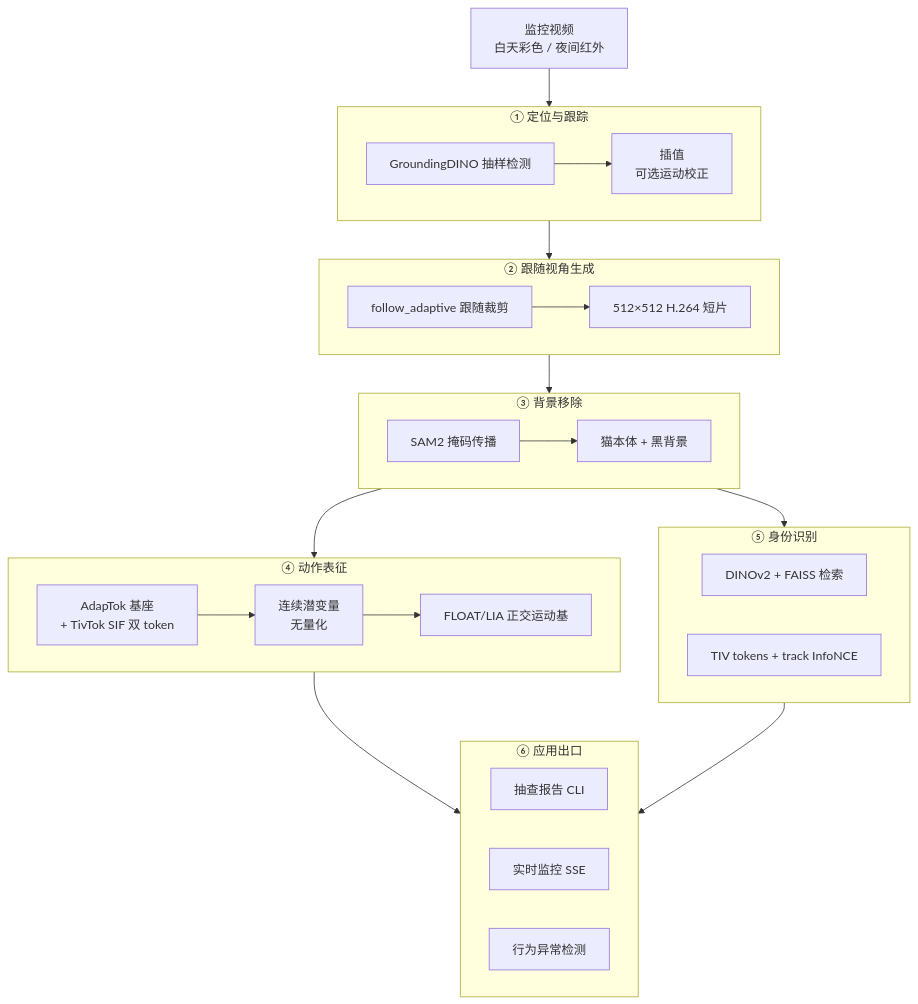
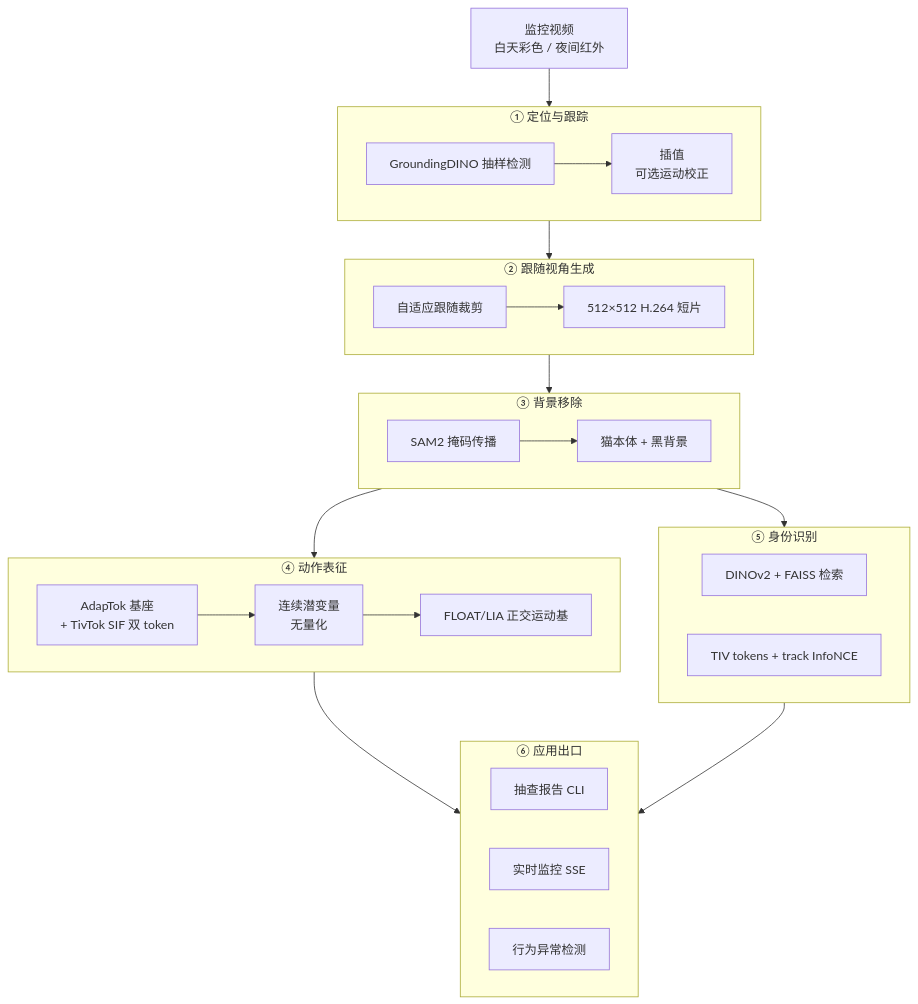
The first of 6 diagrams in management/docs/architecture.md (gongshangzheng/pet-action-recognition), drawn with Mermaid before and after one commit. The commit also changed other lines of this file, not shown here.

Commit message:
docs(wiki): 架构文档去掉实现级函数名/API 名——follow_adaptive → 自适应跟随裁剪，torch.linalg.qr → QR 分解

````diff
--- a/management/docs/architecture.md
+++ b/management/docs/architecture.md
@@ -42,42 +42,42 @@
 ```mermaid
 flowchart TD
     V[监控视频<br/>白天彩色 / 夜间红外] --> S1
 
     subgraph S1["① 定位与跟踪"]
         A1[GroundingDINO 抽样检测] --> A2[插值<br/>可选运动校正]
     end
 
     S1 --> S2
 
     subgraph S2["② 跟随视角生成"]
-        B1[follow_adaptive 跟随裁剪] --> B2[512×512 H.264 短片]
+        B1[自适应跟随裁剪] --> B2[512×512 H.264 短片]
     end
 
     S2 --> S3
 
     subgraph S3["③ 背景移除"]
         C1[SAM2 掩码传播] --> C2[猫本体 + 黑背景]
     end
 
     S3 --> S4
     S3 --> S5
 
     subgraph S4["④ 动作表征"]
         D1[AdapTok 基座<br/>+ TivTok SIF 双 token] --> D2[连续潜变量<br/>无量化]
         D2 --> D3[FLOAT/LIA 正交运动基]
     end
 
     subgraph S5["⑤ 身份识别"]
         E1[DINOv2 + FAISS 检索]
         E2[TIV tokens + track InfoNCE]
     end
 
     S4 --> S6
     S5 --> S6
 
     subgraph S6["⑥ 应用出口"]
         F1[抽查报告 CLI]
         F2[实时监控 SSE]
         F3[行为异常检测]
     end
 ```
````
